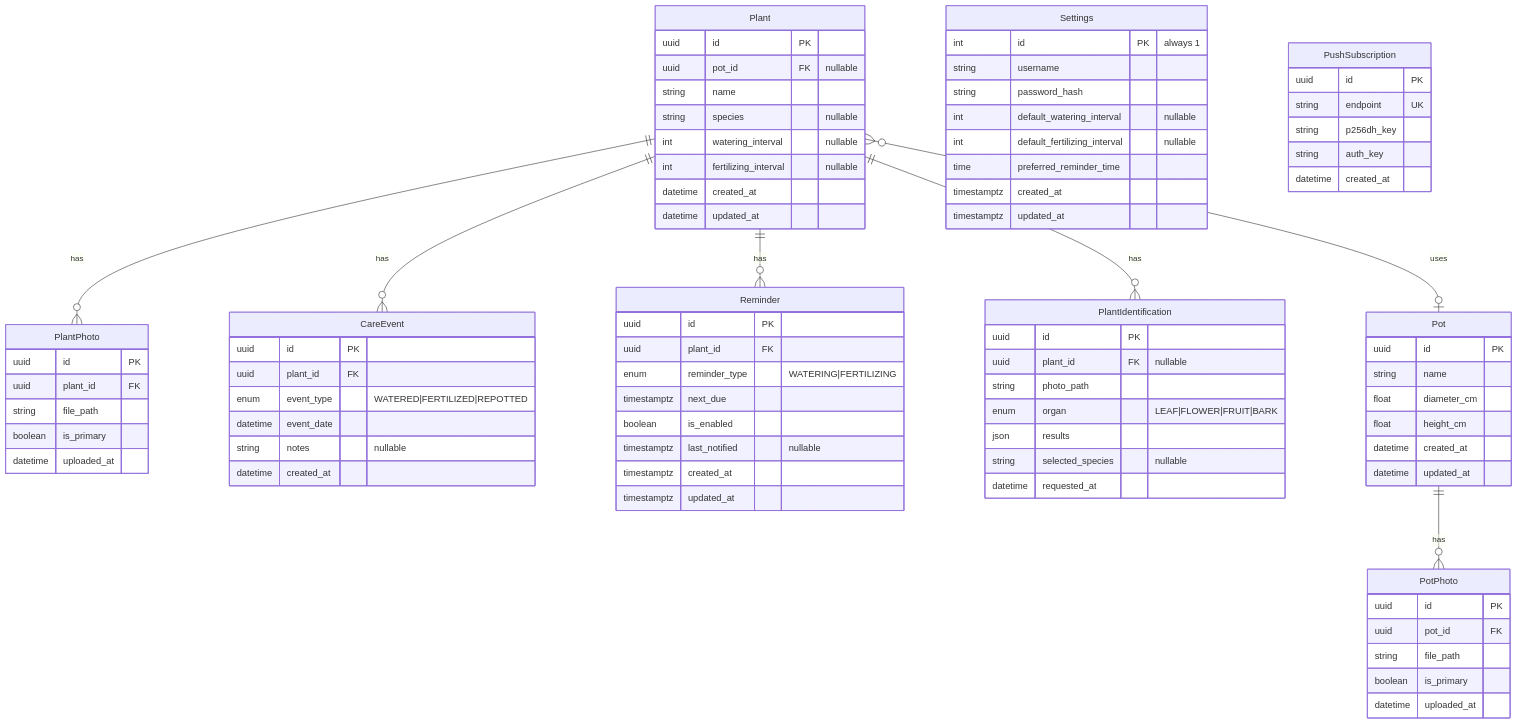
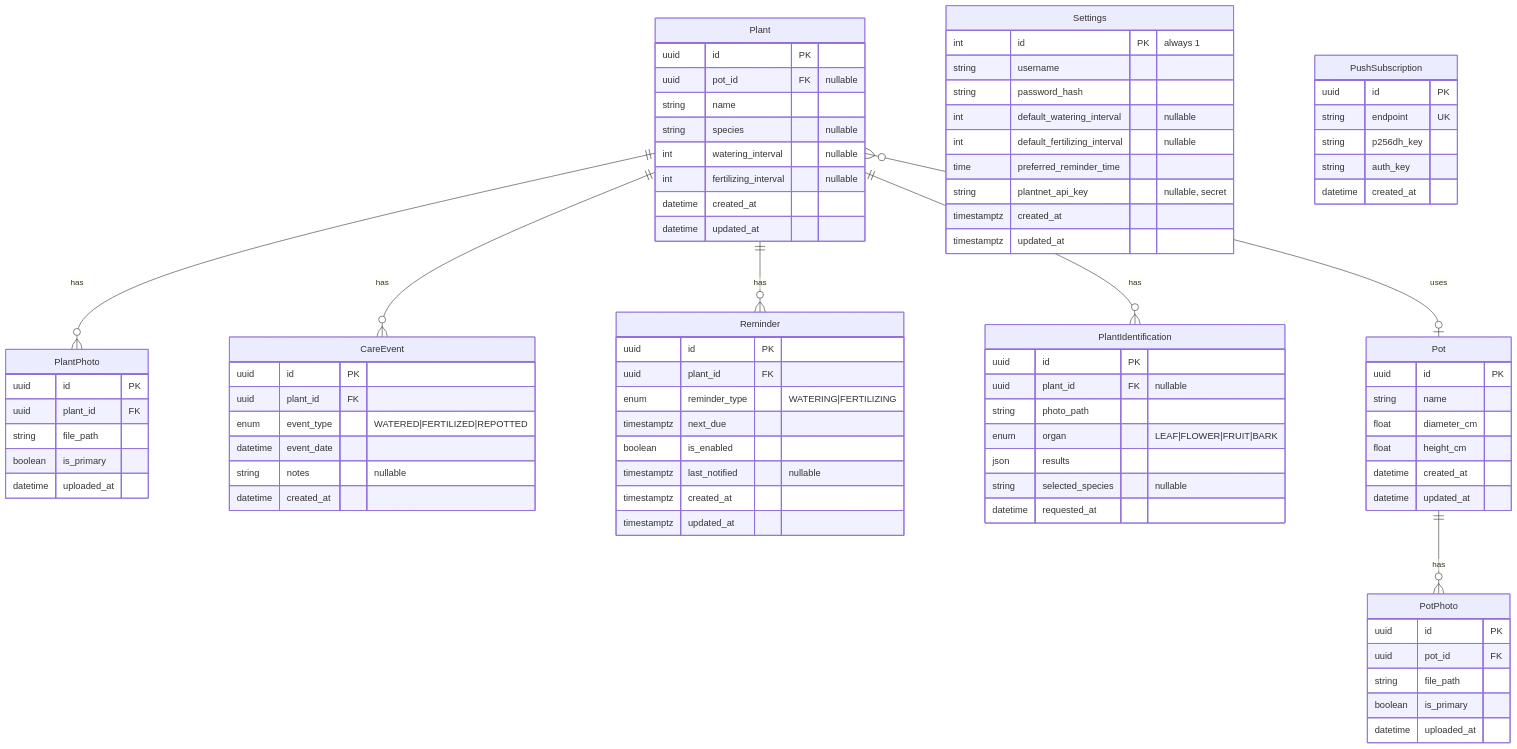
The diagram in docs/02_technical/database_schema.md (jdamp/kratzbaum), drawn with Mermaid before and after one commit. The commit also changed other lines of this file and 19 other files, not shown here.

```diff
--- a/docs/02_technical/database_schema.md
+++ b/docs/02_technical/database_schema.md
@@ -18,6 +18,7 @@
         int default_watering_interval "nullable"
         int default_fertilizing_interval "nullable"
         time preferred_reminder_time
+        string plantnet_api_key "nullable, secret"
         timestamptz created_at
         timestamptz updated_at
     }
```
